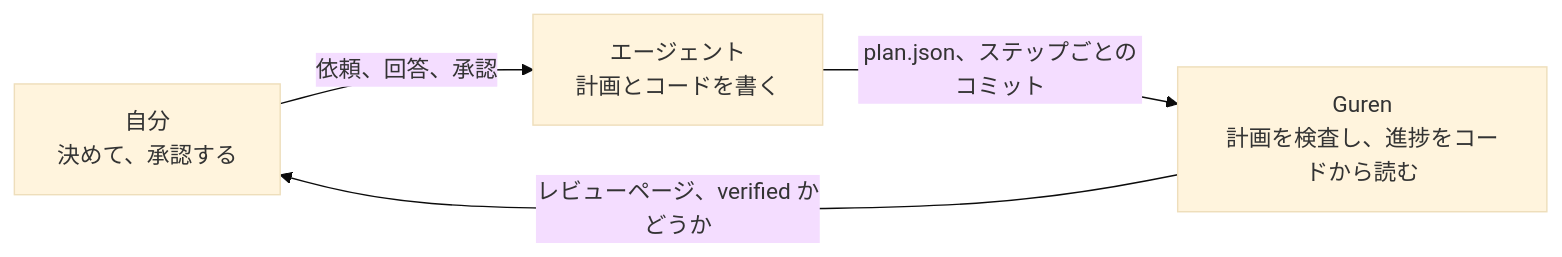
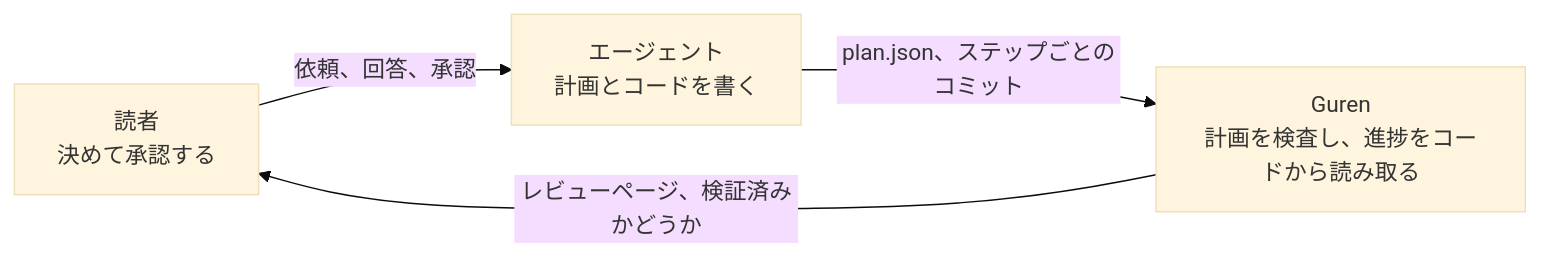
One commit to gurenjs/guren changed the first of 2 diagrams in docs/ja/agent-course/00-overview.md. Above: the diagram before and after it, drawn with Mermaid (base theme). The commit also changed other lines of this file and 80 other files, not shown here.

````diff
--- a/docs/ja/agent-course/00-overview.md
+++ b/docs/ja/agent-course/00-overview.md
@@ -17,9 +17,9 @@
 ```mermaid
 flowchart LR
-  You["自分<br/>決めて、承認する"]
+  You["読者<br/>決めて承認する"]
   Agent["エージェント<br/>計画とコードを書く"]
-  Guren["Guren<br/>計画を検査し、進捗をコードから読む"]
+  Guren["Guren<br/>計画を検査し、進捗をコードから読み取る"]
   You -- "依頼、回答、承認" --> Agent
   Agent -- "plan.json、ステップごとのコミット" --> Guren
-  Guren -- "レビューページ、verified かどうか" --> You
+  Guren -- "レビューページ、検証済みかどうか" --> You
 ```
````
